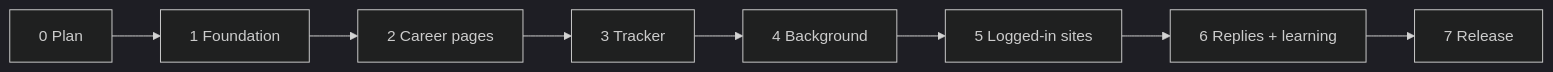
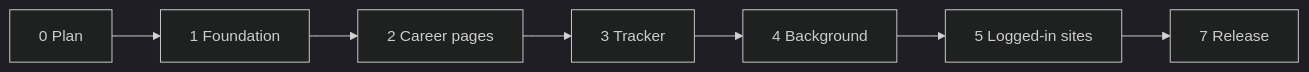
One commit to Avijit07x/truapply changed the diagram in docs/plan.md. Above: the diagram before and after it, drawn with Mermaid (dark theme). The commit also changed other lines of this file and 11 other files, not shown here.

````diff
--- a/docs/plan.md
+++ b/docs/plan.md
@@ -87,5 +83,5 @@
 ```mermaid
 flowchart LR
   P0[0 Plan] --> P1[1 Foundation] --> P2[2 Career pages] --> P3[3 Tracker] --> P4[4 Background]
-  P4 --> P5[5 Logged-in sites] --> P6[6 Replies + learning] --> P7[7 Release]
+  P4 --> P5[5 Logged-in sites] --> P7[7 Release]
 ```
````
